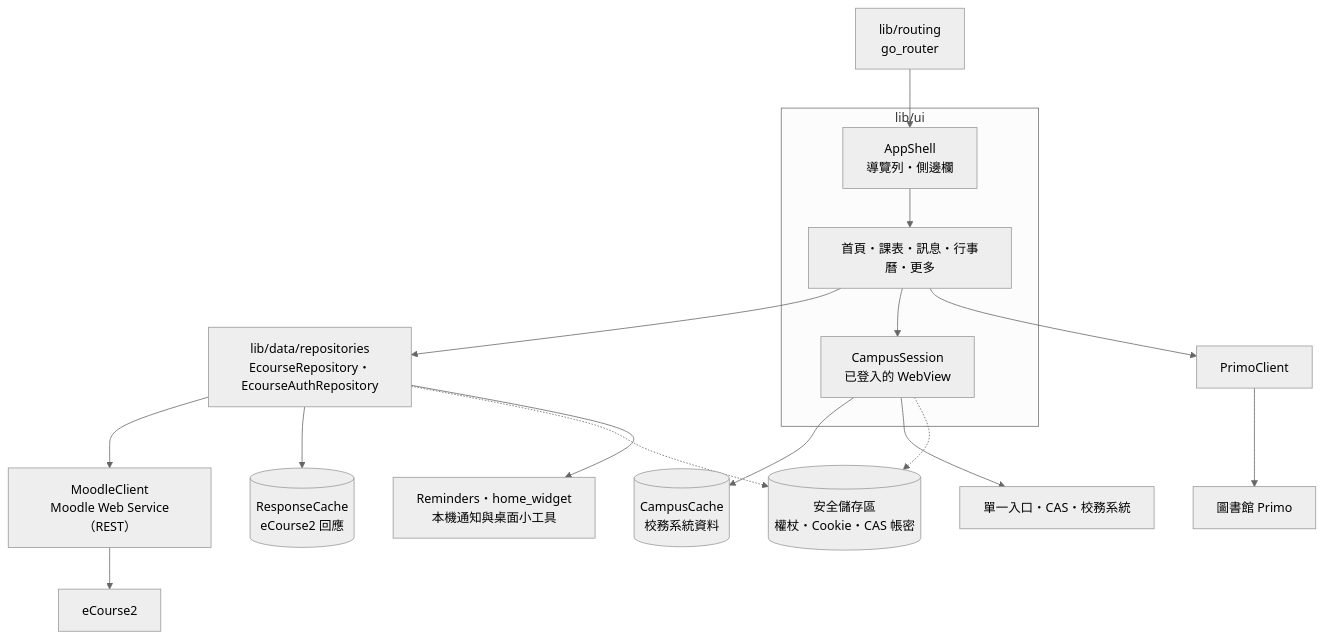
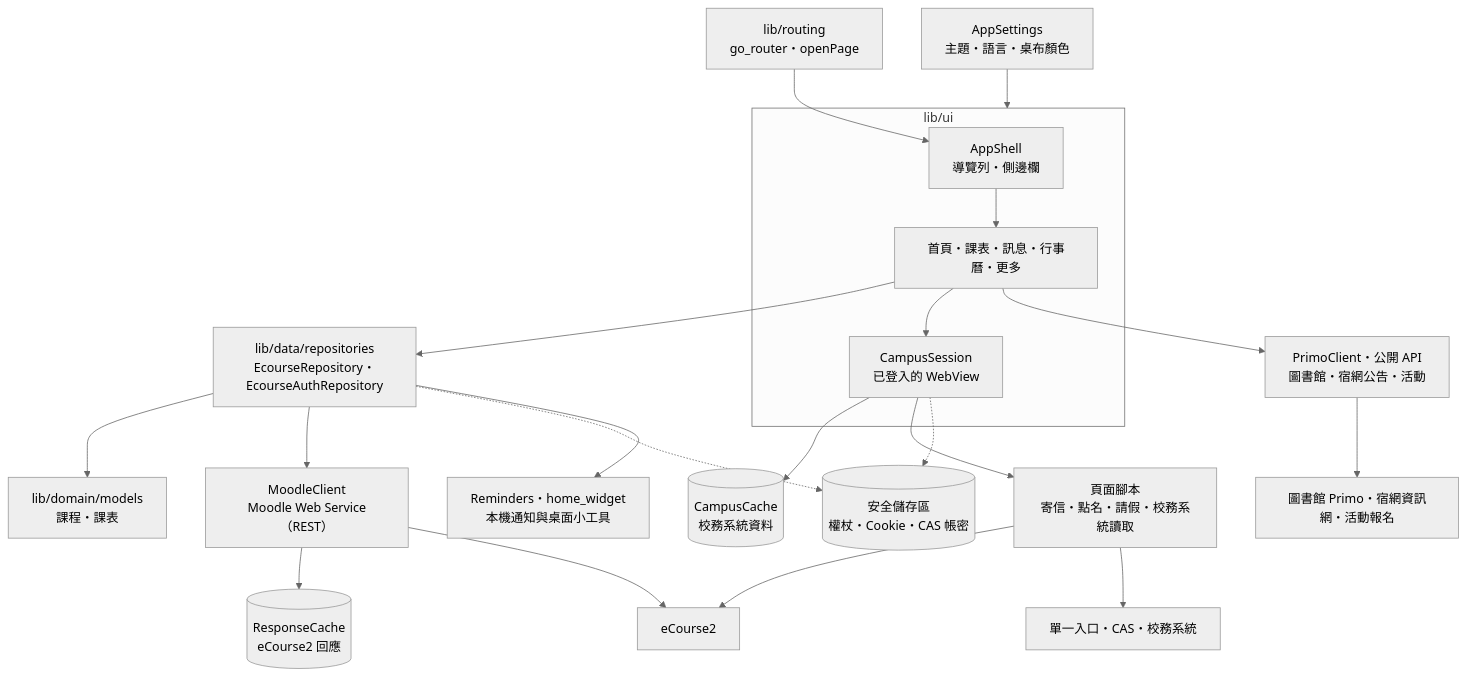
The first of 2 diagrams in README.md (KoukeNeko/TAT-CCU), drawn with Mermaid (neutral theme) before and after one commit. The commit also changed other lines of this file, not shown here.

Commit message:
docs: update the README architecture
Add the domain models, settings, page scripts, public site reads and
cross-tab page opening.

````diff
--- a/README.md
+++ b/README.md
@@ -141,21 +141,25 @@
 ```mermaid
 flowchart TB
   subgraph ui["lib/ui"]
     shell["AppShell<br>導覽列・側邊欄"]
     pages["首頁・課表・訊息・行事曆・更多"]
     session["CampusSession<br>已登入的 WebView"]
   end
-  router["lib/routing<br>go_router"] --> shell --> pages
+  router["lib/routing<br>go_router・openPage"] --> shell --> pages
+  settings["AppSettings<br>主題・語言・桌布顏色"] --> ui
   pages --> repo["lib/data/repositories<br>EcourseRepository・EcourseAuthRepository"]
+  repo --> models["lib/domain/models<br>課程・課表"]
   pages --> session
   repo --> moodle["MoodleClient<br>Moodle Web Service（REST）"]
-  repo --> rcache[("ResponseCache<br>eCourse2 回應")]
+  moodle --> rcache[("ResponseCache<br>eCourse2 回應")]
   session --> ccache[("CampusCache<br>校務系統資料")]
-  pages --> primo["PrimoClient"]
+  session --> scripts["頁面腳本<br>寄信・點名・請假・校務系統讀取"]
+  pages --> public["PrimoClient・公開 API<br>圖書館・宿網公告・活動"]
   moodle --> ecourse["eCourse2"]
-  session --> campus["單一入口・CAS・校務系統"]
-  primo --> library["圖書館 Primo"]
+  scripts --> ecourse
+  scripts --> campus["單一入口・CAS・校務系統"]
+  public --> sites["圖書館 Primo・宿網資訊網・活動報名"]
   repo -.-> keychain[("安全儲存區<br>權杖・Cookie・CAS 帳密")]
   session -.-> keychain
   repo --> local["Reminders・home_widget<br>本機通知與桌面小工具"]
 ```
````
